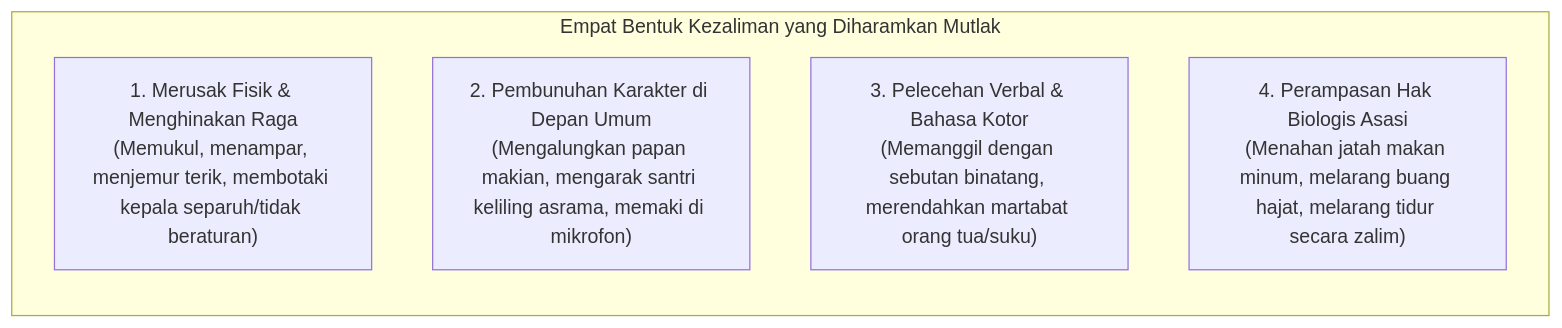
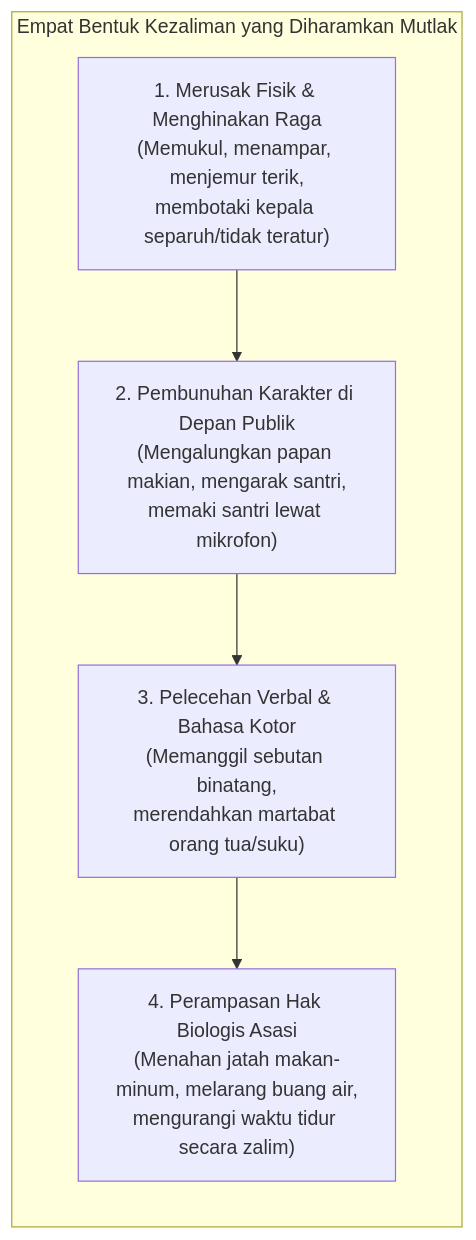
The fifth of 7 diagrams in BOOK Series 1/01-The-Fundamental-of-TUMBUH/Bab-02-Pandangan-Alam-Islam-sebagai-Poros-Pendidikan.md (wandiapriliyandi/tumbuh), drawn with Mermaid before and after one commit. The commit also changed other lines of this file and 35 other files, not shown here.

Commit message:
fix(book-01): optimasi keterbacaan diagram mermaid pada seluruh bab dan perbarui 20 file PDF

````diff
--- a/BOOK Series 1/01-The-Fundamental-of-TUMBUH/Bab-02-Pandangan-Alam-Islam-sebagai-Poros-Pendidikan.md
+++ b/BOOK Series 1/01-The-Fundamental-of-TUMBUH/Bab-02-Pandangan-Alam-Islam-sebagai-Poros-Pendidikan.md
@@ -199,10 +203,11 @@
 ```mermaid
-graph LR
+graph TD
     subgraph EMPAT_KEHARAMAN_PENGASUHAN["Empat Bentuk Kezaliman yang Diharamkan Mutlak"]
         direction TB
-        H1["1. Merusak Fisik & Menghinakan Raga<br/>(Memukul, menampar, menjemur terik, membotaki kepala separuh/tidak beraturan)"]
-        H2["2. Pembunuhan Karakter di Depan Umum<br/>(Mengalungkan papan makian, mengarak santri keliling asrama, memaki di mikrofon)"]
-        H3["3. Pelecehan Verbal & Bahasa Kotor<br/>(Memanggil dengan sebutan binatang, merendahkan martabat orang tua/suku)"]
-        H4["4. Perampasan Hak Biologis Asasi<br/>(Menahan jatah makan minum, melarang buang hajat, melarang tidur secara zalim)"]
+        H1["1. Merusak Fisik & Menghinakan Raga<br/>(Memukul, menampar, menjemur terik,<br/>membotaki kepala separuh/tidak teratur)"]
+        H2["2. Pembunuhan Karakter di Depan Publik<br/>(Mengalungkan papan makian, mengarak santri,<br/>memaki santri lewat mikrofon)"]
+        H3["3. Pelecehan Verbal & Bahasa Kotor<br/>(Memanggil sebutan binatang,<br/>merendahkan martabat orang tua/suku)"]
+        H4["4. Perampasan Hak Biologis Asasi<br/>(Menahan jatah makan-minum, melarang buang air,<br/>mengurangi waktu tidur secara zalim)"]
+        H1 --> H2 --> H3 --> H4
     end
 ```
````
